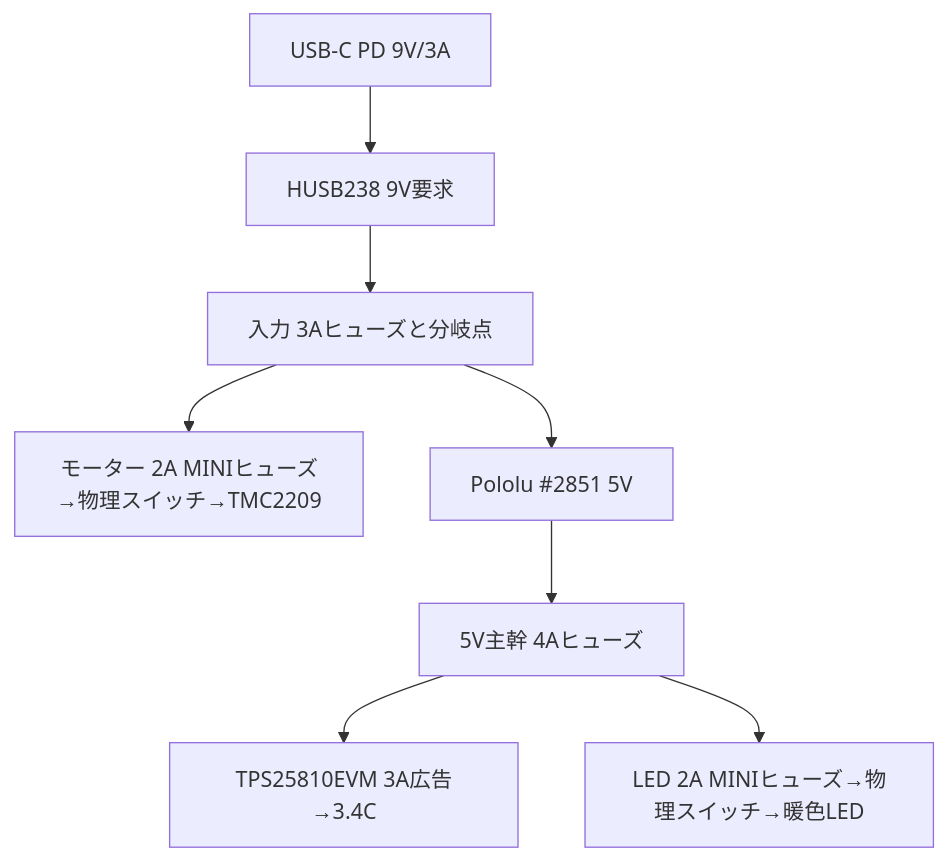
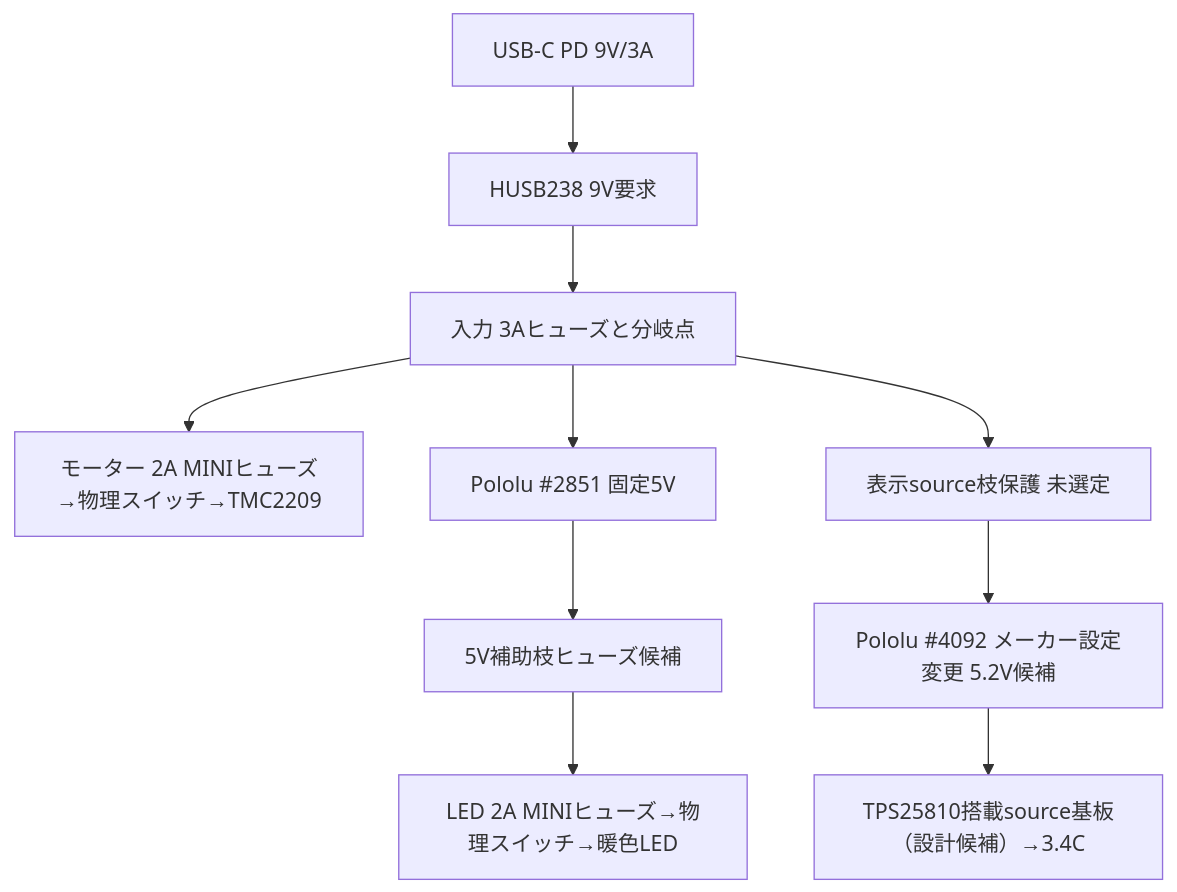
The diagram in docs/10-desk-redesign/design-baseline-v0.21.md (motomasa-honda/DialCanvas-SAS), drawn with Mermaid before and after one commit. The commit also changed other lines of this file and 22 other files, not shown here.

````diff
--- a/docs/10-desk-redesign/design-baseline-v0.21.md
+++ b/docs/10-desk-redesign/design-baseline-v0.21.md
@@ -101,10 +101,12 @@
 ```mermaid
 flowchart TD
   A[USB-C PD 9V/3A] --> B[HUSB238 9V要求]
   B --> C[入力 3Aヒューズと分岐点]
   C --> D[モーター 2A MINIヒューズ→物理スイッチ→TMC2209]
-  C --> E[Pololu #2851 5V]
-  E --> F[5V主幹 4Aヒューズ]
-  F --> G[TPS25810EVM 3A広告→3.4C]
+  C --> E[Pololu #2851 固定5V]
+  E --> F[5V補助枝ヒューズ候補]
   F --> H[LED 2A MINIヒューズ→物理スイッチ→暖色LED]
+  C --> I[表示source枝保護 未選定]
+  I --> J[Pololu #4092 メーカー設定変更 5.2V候補]
+  J --> K[TPS25810搭載source基板（設計候補）→3.4C]
 ```
````
